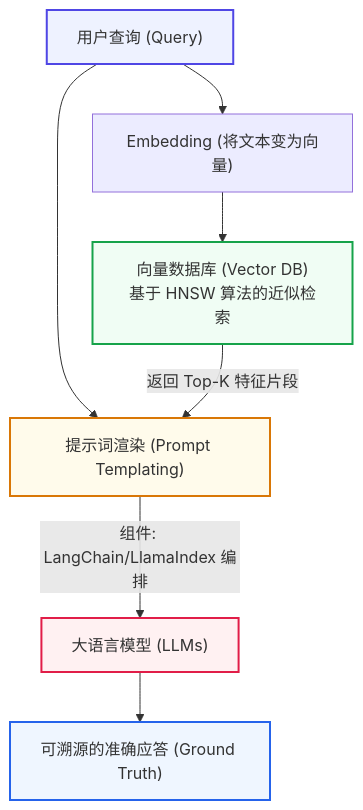
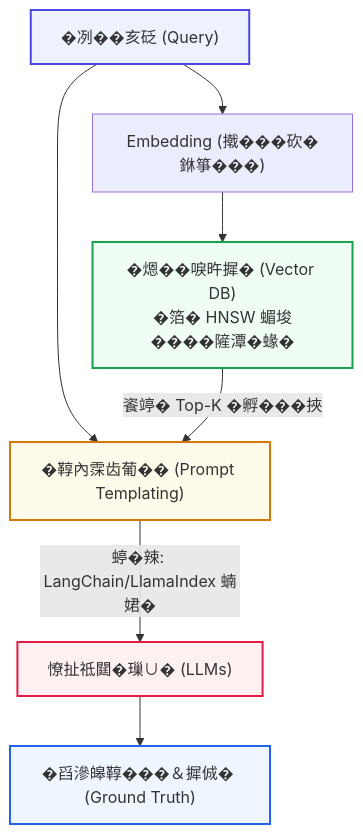
One commit to wangchong2023/lang-chain-graph changed the fifth of 16 diagrams in doc/AI_Knowledge_Roadmap.md. Above: the diagram before and after it, drawn with Mermaid. The commit also changed other lines of this file, not shown here.

Commit message:
docs: update AI knowledge roadmap with new learning milestones

````diff
--- a/doc/AI_Knowledge_Roadmap.md
+++ b/doc/AI_Knowledge_Roadmap.md
@@ -364,16 +282,16 @@
    ```mermaid
    graph TD
-       Q["用户查询 (Query)"] --> Embed["Embedding (将文本变为向量)"]
-       Embed --> R["向量数据库 (Vector DB)<br>基于 HNSW 算法的近似检索"]
-       Q --> P["提示词渲染 (Prompt Templating)"]
-       R -- "返回 Top-K 特征片段" --> P
-       P -- "组件: LangChain/LlamaIndex 编排" --> L["大语言模型 (LLMs)"]
-       L --> A["可溯源的准确应答 (Ground Truth)"]
+       Q["�冽��亥砭 (Query)"] --> Embed["Embedding (撠���砍�銝箏���)"]
+       Embed --> R["�煾��唳旿摨� (Vector DB)<br>�箔� HNSW 蝞埈����隡潭�蝝�"]
+       Q --> P["�鞟內霂齿葡�� (Prompt Templating)"]
+       R -- "餈𥪜� Top-K �孵���挾" --> P
+       P -- "蝏�辣: LangChain/LlamaIndex 蝻𡝗�" --> L["憭扯祗閮�璅∪� (LLMs)"]
+       L --> A["�舀滲皞鞟���＆摨𠉛� (Ground Truth)"]
 
-    %% 样式美化
+    %% �瑕�蝢𤾸�
     style Q fill:#eef2ff,stroke:#4f46e5,stroke-width:2px
     style R fill:#f0fdf4,stroke:#16a34a,stroke-width:2px
     style P fill:#fffbeb,stroke:#d97706,stroke-width:2px
     style L fill:#fff1f2,stroke:#e11d48,stroke-width:2px
     style A fill:#eff6ff,stroke:#2563eb,stroke-width:2px
    ```
````
